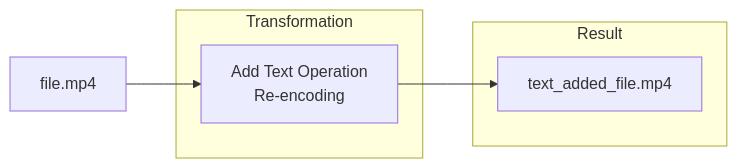
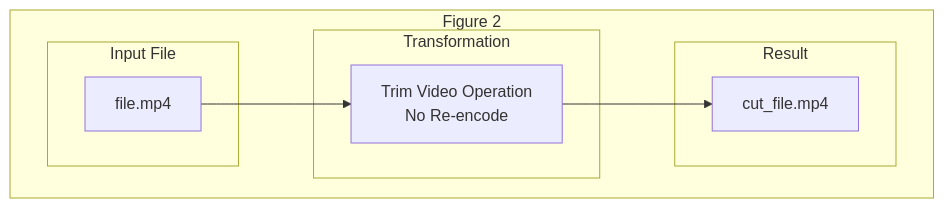
Before and after one commit to k1nho/blog: the second of 2 diagrams in content/posts/2024-09-10-gahara-video-editor.md, drawn with Mermaid. The commit also changed other lines of this file, not shown here.

````diff
--- a/content/posts/2024-09-10-gahara-video-editor.md
+++ b/content/posts/2024-09-10-gahara-video-editor.md
@@ -35,13 +45,18 @@
 ```mermaid
 flowchart LR
-    c1[" file.mp4"]
-    subgraph Transformation
-    c2["Add Text Operation <br> Re-encoding"]
-    end
-    subgraph Result
-    c3["text_added_file.mp4"]
-    end
+    subgraph Figure2["Figure 2"]
+        direction LR
+        subgraph Input File
+            c1[" file.mp4"]
+        end
+        subgraph Transformation
+            c2["Trim Video Operation <br> No Re-encode"]
+        end
+        subgraph Result
+            c3["cut_file.mp4"]
+        end
 
     c1 --> c2
     c2 --> c3
+    end
 ```
````
